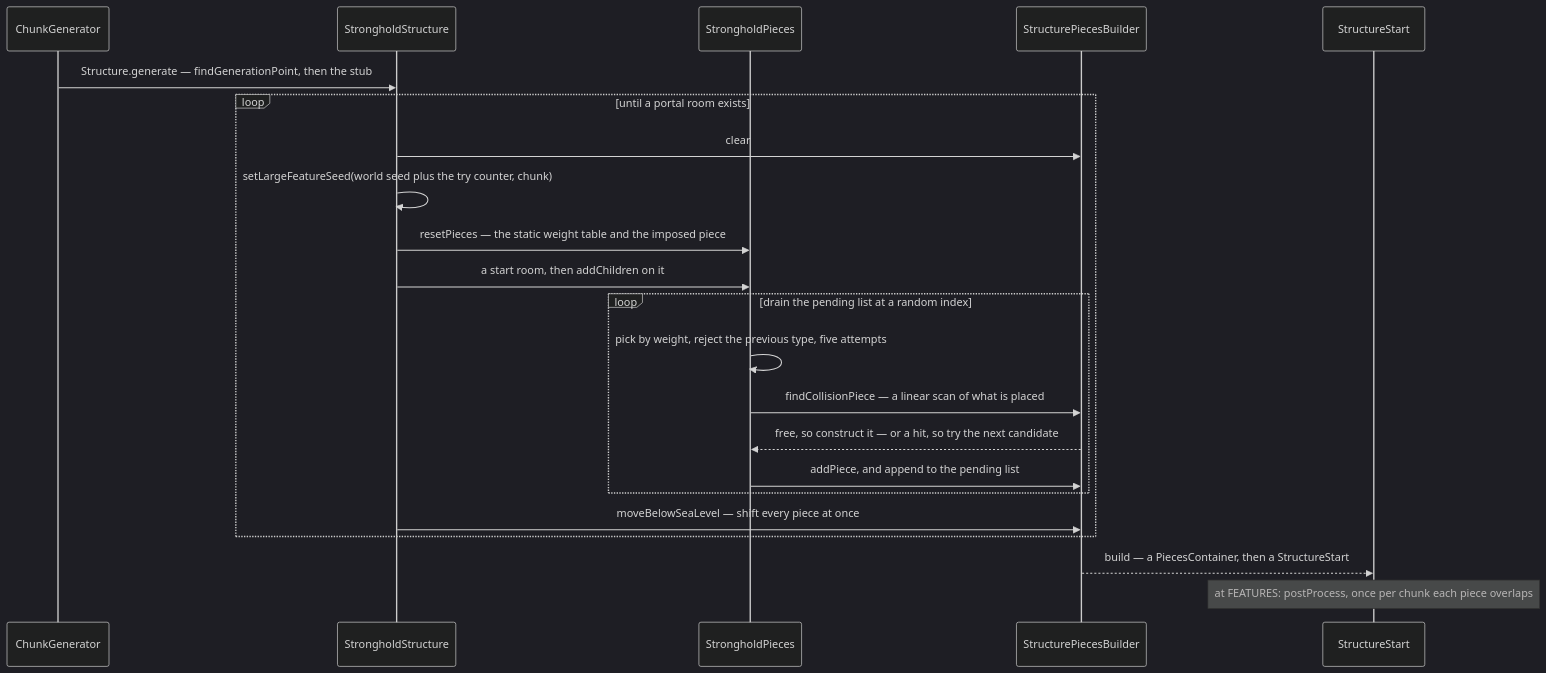
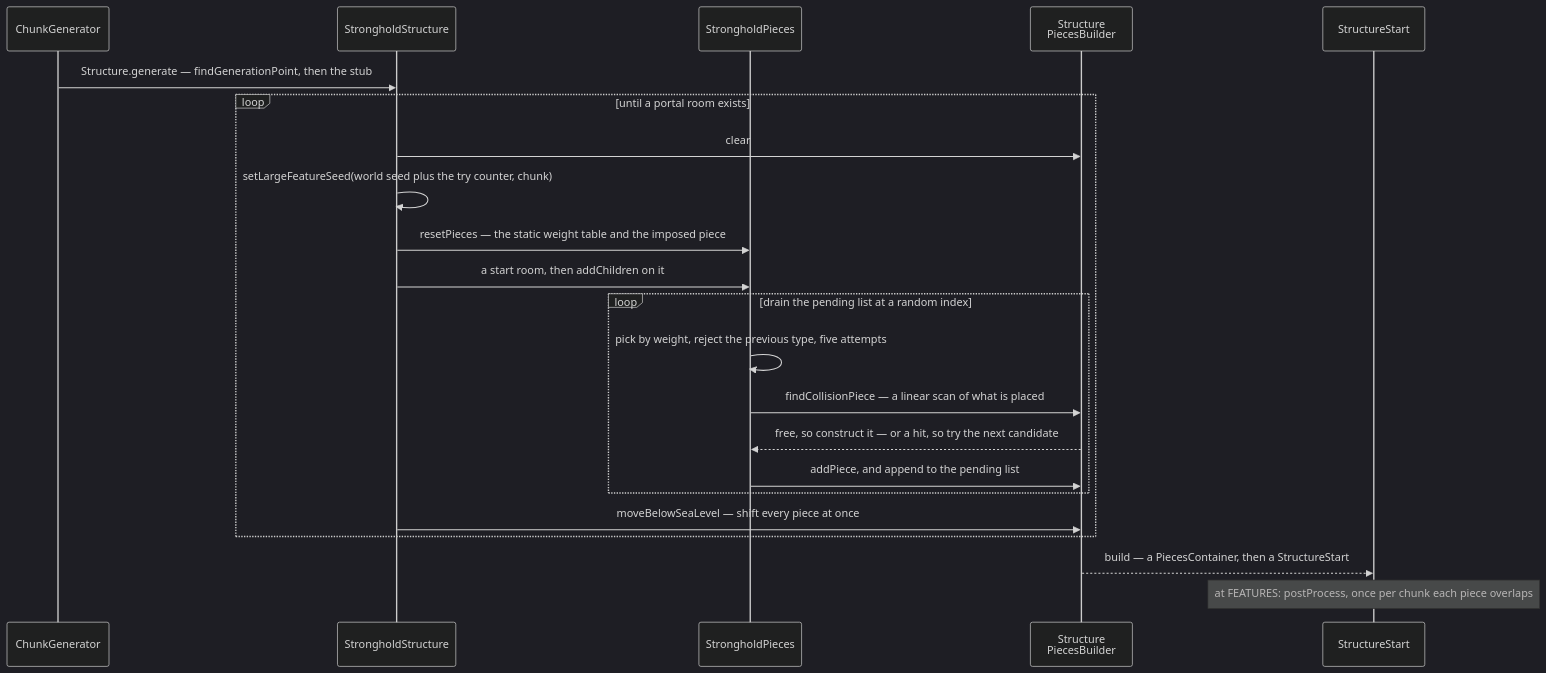
The diagram in src/systems/worldgen/hand-built-structures.md (AlexanderjFraser/MinecraftDocs), drawn with Mermaid (dark theme) before and after one commit. The commit also changed 68 other files, not shown here.

````diff
--- a/src/systems/worldgen/hand-built-structures.md
+++ b/src/systems/worldgen/hand-built-structures.md
@@ -110,25 +110,25 @@
 ```mermaid
 sequenceDiagram
     participant ChunkG as ChunkGenerator
     participant SStr as StrongholdStructure
     participant SPie as StrongholdPieces
-    participant SPB as StructurePiecesBuilder
+    participant SPB as Structure<br/>PiecesBuilder
     participant SStart as StructureStart
 
     ChunkG->>SStr: Structure.generate — findGenerationPoint, then the stub
     loop until a portal room exists
         SStr->>SPB: clear
         SStr->>SStr: setLargeFeatureSeed(world seed plus the try counter, chunk)
         SStr->>SPie: resetPieces — the static weight table and the imposed piece
         SStr->>SPie: a start room, then addChildren on it
         loop drain the pending list at a random index
             SPie->>SPie: pick by weight, reject the previous type, five attempts
             SPie->>SPB: findCollisionPiece — a linear scan of what is placed
             SPB-->>SPie: free, so construct it — or a hit, so try the next candidate
             SPie->>SPB: addPiece, and append to the pending list
         end
         SStr->>SPB: moveBelowSeaLevel — shift every piece at once
     end
     SPB-->>SStart: build — a PiecesContainer, then a StructureStart
     Note over SStart: at FEATURES: postProcess, once per chunk each piece overlaps
 ```
````
